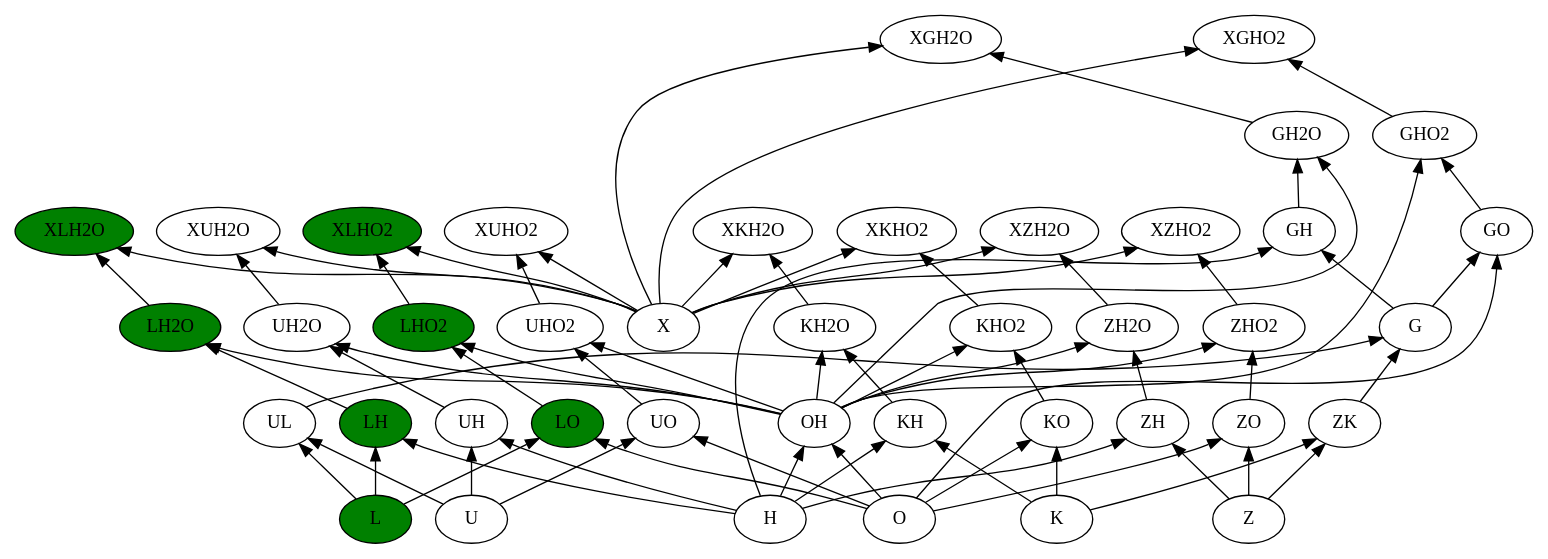
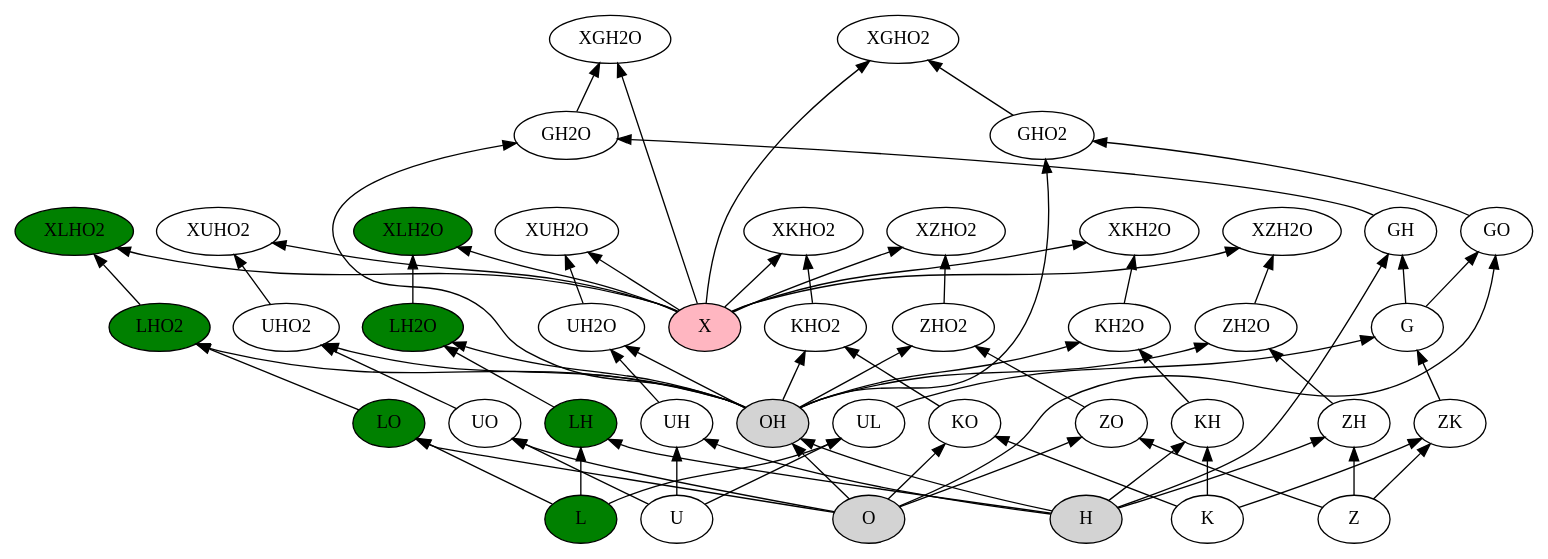
One commit to nekane1117/screeps changed the diagram in reactions.dot. Above: the diagram before and after it, drawn with Graphviz. The commit also changed 4 other files, not shown here.

```diff
--- a/reactions.dot
+++ b/reactions.dot
@@ -1,44 +1,48 @@
 digraph G {
     rankdir = "BT"
     L[style = "filled",fillcolor="green"]
     LH[style = "filled",fillcolor="green"]
     LO[style = "filled",fillcolor="green"]
     LH2O[style = "filled",fillcolor="green"]
     LHO2[style = "filled",fillcolor="green"]
     XLH2O[style = "filled",fillcolor="green"]
     XLHO2[style = "filled",fillcolor="green"]
+    OH[style = "filled",fillcolor="lightgray"]
+    H[style = "filled",fillcolor="lightgray"]
+    O[style = "filled",fillcolor="lightgray"]
+    X[style = "filled",fillcolor="lightpink"]
     {G, H} -> GH
     {G, O} -> GO
     {GH, OH} -> GH2O
     {GH2O, X} -> XGH2O
     {GHO2, X} -> XGHO2
     {GO, OH} -> GHO2
     {H, K} -> KH
     {H, L} -> LH
     {H, O} -> OH
     {H, U} -> UH
     {H, Z} -> ZH
     {K, O} -> KO
     {K, Z} -> ZK
     {KH, OH} -> KH2O
     {KH2O, X} -> XKH2O
     {KHO2, X} -> XKHO2
     {KO, OH} -> KHO2
     {L, O} -> LO
     {L, U} -> UL
     {LH, OH} -> LH2O
     {LH2O, X} -> XLH2O
     {LHO2, X} -> XLHO2
     {LO, OH} -> LHO2
     {O, U} -> UO
     {O, Z} -> ZO
     {OH, UH} -> UH2O
     {OH, UO} -> UHO2
     {OH, ZH} -> ZH2O
     {OH, ZO} -> ZHO2
     {UH2O, X} -> XUH2O
     {UHO2, X} -> XUHO2
     {UL, ZK} -> G
     {X, ZH2O} -> XZH2O
     {X, ZHO2} -> XZHO2
 }
```
